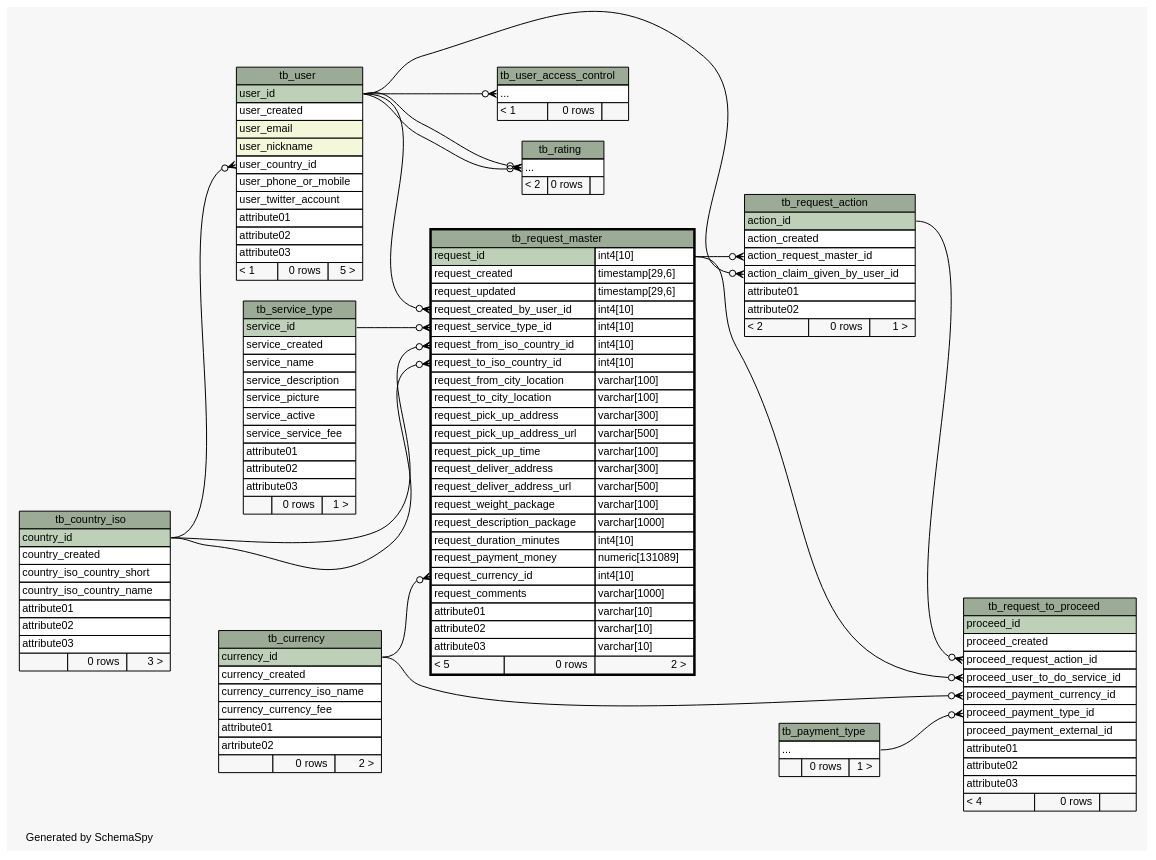
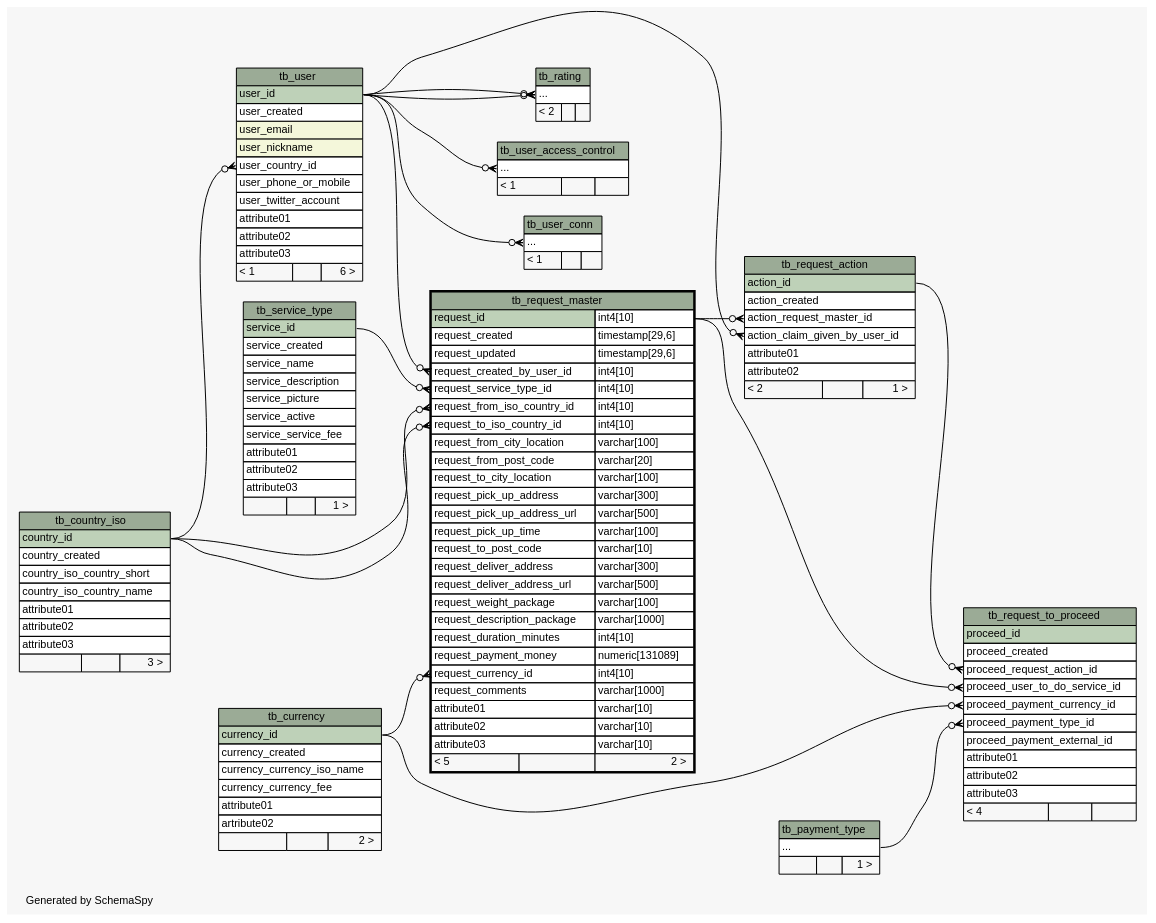
The diagram in database/schema/diagrams/tb_request_master.2degrees.dot (josetesan/bring2me), drawn with Graphviz before and after one commit. The commit also changed 74 other files, not shown here.

Commit message:
New schema

```diff
--- a/database/schema/diagrams/tb_request_master.2degrees.dot
+++ b/database/schema/diagrams/tb_request_master.2degrees.dot
@@ -1,4 +1,4 @@
-// dot 2.34.0 on Linux 3.12.0-1-MANJARO
+// dot 2.34.0 on Linux 3.12.1-1-MANJARO
 // SchemaSpy rev 590
 digraph "twoDegreesRelationshipsDiagram" {
   graph [
@@ -34,6 +34,7 @@
   "tb_request_to_proceed":"proceed_user_to_do_service_id":w -> "tb_request_master":"request_id.type":e [arrowhead=none dir=back arrowtail=crowodot];
   "tb_user":"user_country_id":w -> "tb_country_iso":"country_id":e [arrowhead=none dir=back arrowtail=crowodot];
   "tb_user_access_control":"elipses":w -> "tb_user":"user_id":e [arrowhead=none dir=back arrowtail=crowodot];
+  "tb_user_conn":"elipses":w -> "tb_user":"user_id":e [arrowhead=none dir=back arrowtail=crowodot];
   "tb_country_iso" [
     label=<
     <TABLE BORDER="0" CELLBORDER="1" CELLSPACING="0" BGCOLOR="#ffffff">
@@ -45,7 +46,7 @@
       <TR><TD PORT="attribute01" COLSPAN="3" ALIGN="LEFT">attribute01</TD></TR>
       <TR><TD PORT="attribute02" COLSPAN="3" ALIGN="LEFT">attribute02</TD></TR>
       <TR><TD PORT="attribute03" COLSPAN="3" ALIGN="LEFT">attribute03</TD></TR>
-      <TR><TD ALIGN="LEFT" BGCOLOR="#f7f7f7">  </TD><TD ALIGN="RIGHT" BGCOLOR="#f7f7f7">0 rows</TD><TD ALIGN="RIGHT" BGCOLOR="#f7f7f7">3 &gt;</TD></TR>
+      <TR><TD ALIGN="LEFT" BGCOLOR="#f7f7f7">  </TD><TD ALIGN="RIGHT" BGCOLOR="#f7f7f7">  </TD><TD ALIGN="RIGHT" BGCOLOR="#f7f7f7">3 &gt;</TD></TR>
     </TABLE>>
     URL="tb_country_iso.html"
     tooltip="tb_country_iso"
@@ -60,7 +61,7 @@
       <TR><TD PORT="currency_currency_fee" COLSPAN="3" ALIGN="LEFT">currency_currency_fee</TD></TR>
       <TR><TD PORT="attribute01" COLSPAN="3" ALIGN="LEFT">attribute01</TD></TR>
       <TR><TD PORT="artribute02" COLSPAN="3" ALIGN="LEFT">artribute02</TD></TR>
-      <TR><TD ALIGN="LEFT" BGCOLOR="#f7f7f7">  </TD><TD ALIGN="RIGHT" BGCOLOR="#f7f7f7">0 rows</TD><TD ALIGN="RIGHT" BGCOLOR="#f7f7f7">2 &gt;</TD></TR>
+      <TR><TD ALIGN="LEFT" BGCOLOR="#f7f7f7">  </TD><TD ALIGN="RIGHT" BGCOLOR="#f7f7f7">  </TD><TD ALIGN="RIGHT" BGCOLOR="#f7f7f7">2 &gt;</TD></TR>
     </TABLE>>
     URL="tb_currency.html"
     tooltip="tb_currency"
@@ -70,7 +71,7 @@
     <TABLE BORDER="0" CELLBORDER="1" CELLSPACING="0" BGCOLOR="#ffffff">
       <TR><TD COLSPAN="3" BGCOLOR="#9bab96" ALIGN="CENTER">tb_payment_type</TD></TR>
       <TR><TD PORT="elipses" COLSPAN="3" ALIGN="LEFT">...</TD></TR>
-      <TR><TD ALIGN="LEFT" BGCOLOR="#f7f7f7">  </TD><TD ALIGN="RIGHT" BGCOLOR="#f7f7f7">0 rows</TD><TD ALIGN="RIGHT" BGCOLOR="#f7f7f7">1 &gt;</TD></TR>
+      <TR><TD ALIGN="LEFT" BGCOLOR="#f7f7f7">  </TD><TD ALIGN="RIGHT" BGCOLOR="#f7f7f7">  </TD><TD ALIGN="RIGHT" BGCOLOR="#f7f7f7">1 &gt;</TD></TR>
     </TABLE>>
     URL="tb_payment_type.html"
     tooltip="tb_payment_type"
@@ -80,7 +81,7 @@
     <TABLE BORDER="0" CELLBORDER="1" CELLSPACING="0" BGCOLOR="#ffffff">
       <TR><TD COLSPAN="3" BGCOLOR="#9bab96" ALIGN="CENTER">tb_rating</TD></TR>
       <TR><TD PORT="elipses" COLSPAN="3" ALIGN="LEFT">...</TD></TR>
-      <TR><TD ALIGN="LEFT" BGCOLOR="#f7f7f7">&lt; 2</TD><TD ALIGN="RIGHT" BGCOLOR="#f7f7f7">0 rows</TD><TD ALIGN="RIGHT" BGCOLOR="#f7f7f7">  </TD></TR>
+      <TR><TD ALIGN="LEFT" BGCOLOR="#f7f7f7">&lt; 2</TD><TD ALIGN="RIGHT" BGCOLOR="#f7f7f7">  </TD><TD ALIGN="RIGHT" BGCOLOR="#f7f7f7">  </TD></TR>
     </TABLE>>
     URL="tb_rating.html"
     tooltip="tb_rating"
@@ -95,7 +96,7 @@
       <TR><TD PORT="action_claim_given_by_user_id" COLSPAN="3" ALIGN="LEFT">action_claim_given_by_user_id</TD></TR>
       <TR><TD PORT="attribute01" COLSPAN="3" ALIGN="LEFT">attribute01</TD></TR>
       <TR><TD PORT="attribute02" COLSPAN="3" ALIGN="LEFT">attribute02</TD></TR>
-      <TR><TD ALIGN="LEFT" BGCOLOR="#f7f7f7">&lt; 2</TD><TD ALIGN="RIGHT" BGCOLOR="#f7f7f7">0 rows</TD><TD ALIGN="RIGHT" BGCOLOR="#f7f7f7">1 &gt;</TD></TR>
+      <TR><TD ALIGN="LEFT" BGCOLOR="#f7f7f7">&lt; 2</TD><TD ALIGN="RIGHT" BGCOLOR="#f7f7f7">  </TD><TD ALIGN="RIGHT" BGCOLOR="#f7f7f7">1 &gt;</TD></TR>
     </TABLE>>
     URL="tb_request_action.html"
     tooltip="tb_request_action"
@@ -112,10 +113,12 @@
       <TR><TD PORT="request_from_iso_country_id" COLSPAN="2" ALIGN="LEFT">request_from_iso_country_id</TD><TD PORT="request_from_iso_country_id.type" ALIGN="LEFT">int4[10]</TD></TR>
       <TR><TD PORT="request_to_iso_country_id" COLSPAN="2" ALIGN="LEFT">request_to_iso_country_id</TD><TD PORT="request_to_iso_country_id.type" ALIGN="LEFT">int4[10]</TD></TR>
       <TR><TD PORT="request_from_city_location" COLSPAN="2" ALIGN="LEFT">request_from_city_location</TD><TD PORT="request_from_city_location.type" ALIGN="LEFT">varchar[100]</TD></TR>
+      <TR><TD PORT="request_from_post_code" COLSPAN="2" ALIGN="LEFT">request_from_post_code</TD><TD PORT="request_from_post_code.type" ALIGN="LEFT">varchar[20]</TD></TR>
       <TR><TD PORT="request_to_city_location" COLSPAN="2" ALIGN="LEFT">request_to_city_location</TD><TD PORT="request_to_city_location.type" ALIGN="LEFT">varchar[100]</TD></TR>
       <TR><TD PORT="request_pick_up_address" COLSPAN="2" ALIGN="LEFT">request_pick_up_address</TD><TD PORT="request_pick_up_address.type" ALIGN="LEFT">varchar[300]</TD></TR>
       <TR><TD PORT="request_pick_up_address_url" COLSPAN="2" ALIGN="LEFT">request_pick_up_address_url</TD><TD PORT="request_pick_up_address_url.type" ALIGN="LEFT">varchar[500]</TD></TR>
       <TR><TD PORT="request_pick_up_time" COLSPAN="2" ALIGN="LEFT">request_pick_up_time</TD><TD PORT="request_pick_up_time.type" ALIGN="LEFT">varchar[100]</TD></TR>
+      <TR><TD PORT="request_to_post_code" COLSPAN="2" ALIGN="LEFT">request_to_post_code</TD><TD PORT="request_to_post_code.type" ALIGN="LEFT">varchar[10]</TD></TR>
       <TR><TD PORT="request_deliver_address" COLSPAN="2" ALIGN="LEFT">request_deliver_address</TD><TD PORT="request_deliver_address.type" ALIGN="LEFT">varchar[300]</TD></TR>
       <TR><TD PORT="request_deliver_address_url" COLSPAN="2" ALIGN="LEFT">request_deliver_address_url</TD><TD PORT="request_deliver_address_url.type" ALIGN="LEFT">varchar[500]</TD></TR>
       <TR><TD PORT="request_weight_package" COLSPAN="2" ALIGN="LEFT">request_weight_package</TD><TD PORT="request_weight_package.type" ALIGN="LEFT">varchar[100]</TD></TR>
@@ -127,7 +130,7 @@
       <TR><TD PORT="attribute01" COLSPAN="2" ALIGN="LEFT">attribute01</TD><TD PORT="attribute01.type" ALIGN="LEFT">varchar[10]</TD></TR>
       <TR><TD PORT="attribute02" COLSPAN="2" ALIGN="LEFT">attribute02</TD><TD PORT="attribute02.type" ALIGN="LEFT">varchar[10]</TD></TR>
       <TR><TD PORT="attribute03" COLSPAN="2" ALIGN="LEFT">attribute03</TD><TD PORT="attribute03.type" ALIGN="LEFT">varchar[10]</TD></TR>
-      <TR><TD ALIGN="LEFT" BGCOLOR="#f7f7f7">&lt; 5</TD><TD ALIGN="RIGHT" BGCOLOR="#f7f7f7">0 rows</TD><TD ALIGN="RIGHT" BGCOLOR="#f7f7f7">2 &gt;</TD></TR>
+      <TR><TD ALIGN="LEFT" BGCOLOR="#f7f7f7">&lt; 5</TD><TD ALIGN="RIGHT" BGCOLOR="#f7f7f7">  </TD><TD ALIGN="RIGHT" BGCOLOR="#f7f7f7">2 &gt;</TD></TR>
     </TABLE>>
     URL="tb_request_master.html"
     tooltip="tb_request_master"
@@ -146,7 +149,7 @@
       <TR><TD PORT="attribute01" COLSPAN="3" ALIGN="LEFT">attribute01</TD></TR>
       <TR><TD PORT="attribute02" COLSPAN="3" ALIGN="LEFT">attribute02</TD></TR>
       <TR><TD PORT="attribute03" COLSPAN="3" ALIGN="LEFT">attribute03</TD></TR>
-      <TR><TD ALIGN="LEFT" BGCOLOR="#f7f7f7">&lt; 4</TD><TD ALIGN="RIGHT" BGCOLOR="#f7f7f7">0 rows</TD><TD ALIGN="RIGHT" BGCOLOR="#f7f7f7">  </TD></TR>
+      <TR><TD ALIGN="LEFT" BGCOLOR="#f7f7f7">&lt; 4</TD><TD ALIGN="RIGHT" BGCOLOR="#f7f7f7">  </TD><TD ALIGN="RIGHT" BGCOLOR="#f7f7f7">  </TD></TR>
     </TABLE>>
     URL="tb_request_to_proceed.html"
     tooltip="tb_request_to_proceed"
@@ -165,7 +168,7 @@
       <TR><TD PORT="attribute01" COLSPAN="3" ALIGN="LEFT">attribute01</TD></TR>
       <TR><TD PORT="attribute02" COLSPAN="3" ALIGN="LEFT">attribute02</TD></TR>
       <TR><TD PORT="attribute03" COLSPAN="3" ALIGN="LEFT">attribute03</TD></TR>
-      <TR><TD ALIGN="LEFT" BGCOLOR="#f7f7f7">  </TD><TD ALIGN="RIGHT" BGCOLOR="#f7f7f7">0 rows</TD><TD ALIGN="RIGHT" BGCOLOR="#f7f7f7">1 &gt;</TD></TR>
+      <TR><TD ALIGN="LEFT" BGCOLOR="#f7f7f7">  </TD><TD ALIGN="RIGHT" BGCOLOR="#f7f7f7">  </TD><TD ALIGN="RIGHT" BGCOLOR="#f7f7f7">1 &gt;</TD></TR>
     </TABLE>>
     URL="tb_service_type.html"
     tooltip="tb_service_type"
@@ -184,7 +187,7 @@
       <TR><TD PORT="attribute01" COLSPAN="3" ALIGN="LEFT">attribute01</TD></TR>
       <TR><TD PORT="attribute02" COLSPAN="3" ALIGN="LEFT">attribute02</TD></TR>
       <TR><TD PORT="attribute03" COLSPAN="3" ALIGN="LEFT">attribute03</TD></TR>
-      <TR><TD ALIGN="LEFT" BGCOLOR="#f7f7f7">&lt; 1</TD><TD ALIGN="RIGHT" BGCOLOR="#f7f7f7">0 rows</TD><TD ALIGN="RIGHT" BGCOLOR="#f7f7f7">5 &gt;</TD></TR>
+      <TR><TD ALIGN="LEFT" BGCOLOR="#f7f7f7">&lt; 1</TD><TD ALIGN="RIGHT" BGCOLOR="#f7f7f7">  </TD><TD ALIGN="RIGHT" BGCOLOR="#f7f7f7">6 &gt;</TD></TR>
     </TABLE>>
     URL="tb_user.html"
     tooltip="tb_user"
@@ -194,9 +197,19 @@
     <TABLE BORDER="0" CELLBORDER="1" CELLSPACING="0" BGCOLOR="#ffffff">
       <TR><TD COLSPAN="3" BGCOLOR="#9bab96" ALIGN="CENTER">tb_user_access_control</TD></TR>
       <TR><TD PORT="elipses" COLSPAN="3" ALIGN="LEFT">...</TD></TR>
-      <TR><TD ALIGN="LEFT" BGCOLOR="#f7f7f7">&lt; 1</TD><TD ALIGN="RIGHT" BGCOLOR="#f7f7f7">0 rows</TD><TD ALIGN="RIGHT" BGCOLOR="#f7f7f7">  </TD></TR>
+      <TR><TD ALIGN="LEFT" BGCOLOR="#f7f7f7">&lt; 1</TD><TD ALIGN="RIGHT" BGCOLOR="#f7f7f7">  </TD><TD ALIGN="RIGHT" BGCOLOR="#f7f7f7">  </TD></TR>
     </TABLE>>
     URL="tb_user_access_control.html"
     tooltip="tb_user_access_control"
   ];
+  "tb_user_conn" [
+    label=<
+    <TABLE BORDER="0" CELLBORDER="1" CELLSPACING="0" BGCOLOR="#ffffff">
+      <TR><TD COLSPAN="3" BGCOLOR="#9bab96" ALIGN="CENTER">tb_user_conn</TD></TR>
+      <TR><TD PORT="elipses" COLSPAN="3" ALIGN="LEFT">...</TD></TR>
+      <TR><TD ALIGN="LEFT" BGCOLOR="#f7f7f7">&lt; 1</TD><TD ALIGN="RIGHT" BGCOLOR="#f7f7f7">  </TD><TD ALIGN="RIGHT" BGCOLOR="#f7f7f7">  </TD></TR>
+    </TABLE>>
+    URL="tb_user_conn.html"
+    tooltip="tb_user_conn"
+  ];
 }
```
